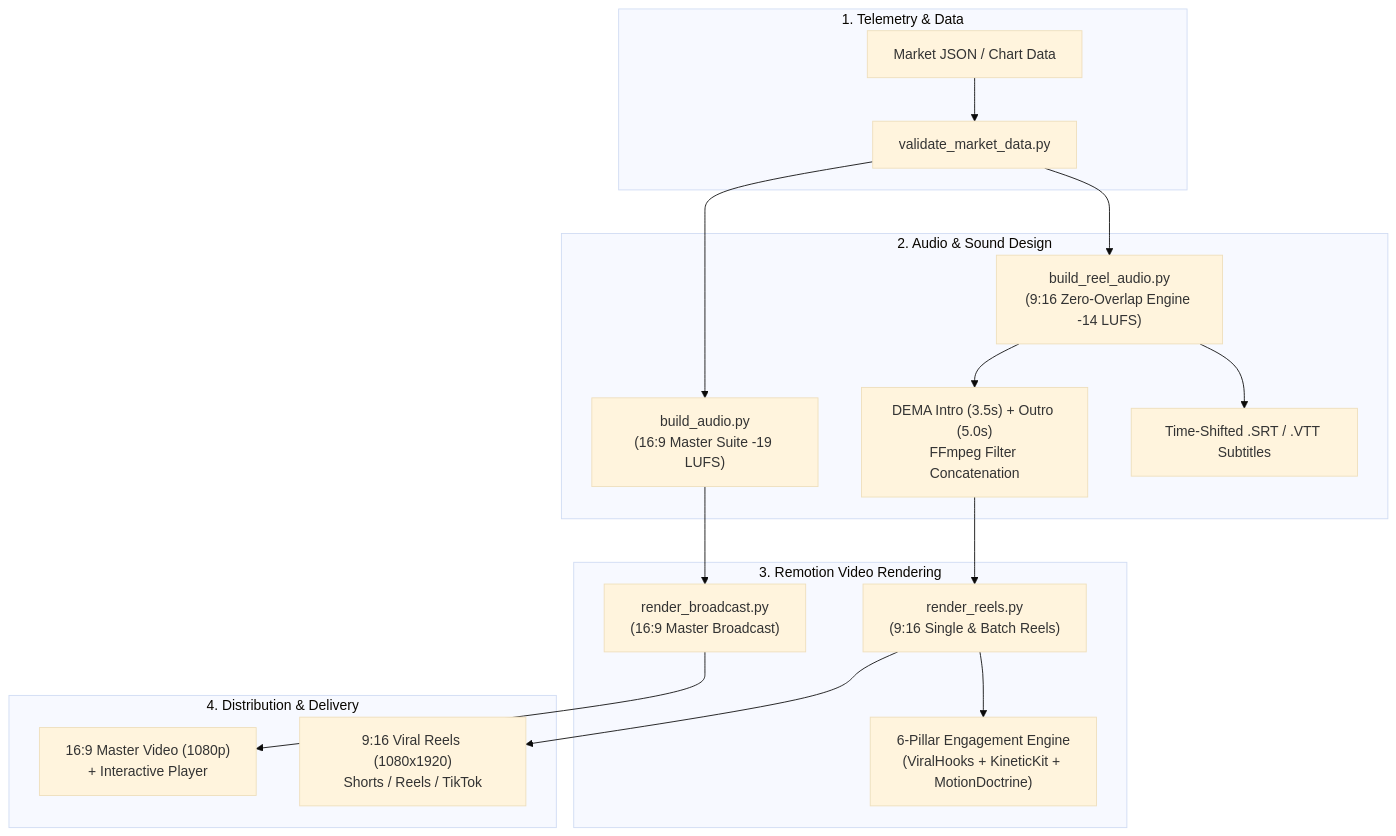
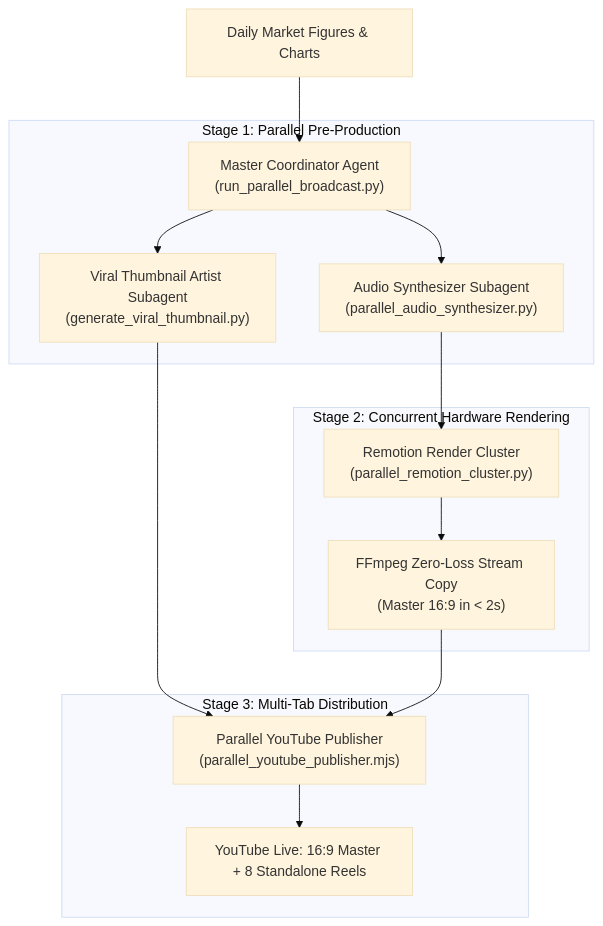
One commit to Nitansh/dema-broadcast changed the diagram in README.md. Above: the diagram before and after it, drawn with Mermaid (base theme). The commit also changed other lines of this file and 8 other files, not shown here.

Commit message:
feat: ultra-parallel multi-agent broadcast engine & parallel YouTube publisher v3.0.0

````diff
--- a/README.md
+++ b/README.md
@@ -29,24 +24,20 @@
 ```mermaid
-flowchart TD
-    subgraph Ingestion["1. Telemetry & Data"]
-        Data["Market JSON / Chart Data"] --> Val["validate_market_data.py"]
+graph TD
+    User["Daily Market Figures & Charts"] --> Master["Master Coordinator Agent<br>(run_parallel_broadcast.py)"]
+    
+    subgraph Stage 1: Parallel Pre-Production
+        Master --> Sub1["Audio Synthesizer Subagent<br>(parallel_audio_synthesizer.py)"]
+        Master --> Sub2["Viral Thumbnail Artist Subagent<br>(generate_viral_thumbnail.py)"]
     end
-
-    subgraph AudioEngine["2. Audio & Sound Design"]
-        Val --> A1["build_audio.py<br/>(16:9 Master Suite -19 LUFS)"]
-        Val --> A2["build_reel_audio.py<br/>(9:16 Zero-Overlap Engine -14 LUFS)"]
-        A2 --> Stings["DEMA Intro (3.5s) + Outro (5.0s)<br/>FFmpeg Filter Concatenation"]
-        A2 --> Sub["Time-Shifted .SRT / .VTT Subtitles"]
+    
+    subgraph Stage 2: Concurrent Hardware Rendering
+        Sub1 --> RenderCluster["Remotion Render Cluster<br>(parallel_remotion_cluster.py)"]
+        RenderCluster --> Concat["FFmpeg Zero-Loss Stream Copy<br>(Master 16:9 in < 2s)"]
     end
-
-    subgraph MotionEngine["3. Remotion Video Rendering"]
-        A1 --> R1["render_broadcast.py<br/>(16:9 Master Broadcast)"]
-        Stings --> R2["render_reels.py<br/>(9:16 Single & Batch Reels)"]
-        R2 --> SixPillar["6-Pillar Engagement Engine<br/>(ViralHooks + KineticKit + MotionDoctrine)"]
-    end
-
-    subgraph Deliverables["4. Distribution & Delivery"]
-        R1 --> Master169["16:9 Master Video (1080p)<br/>+ Interactive Player"]
-        R2 --> Master916["9:16 Viral Reels (1080x1920)<br/>Shorts / Reels / TikTok"]
+    
+    subgraph Stage 3: Multi-Tab Distribution
+        Sub2 --> UploadSwarm["Parallel YouTube Publisher<br>(parallel_youtube_publisher.mjs)"]
+        Concat --> UploadSwarm
+        UploadSwarm --> LiveYT["YouTube Live: 16:9 Master + 8 Standalone Reels"]
     end
 ```
````
